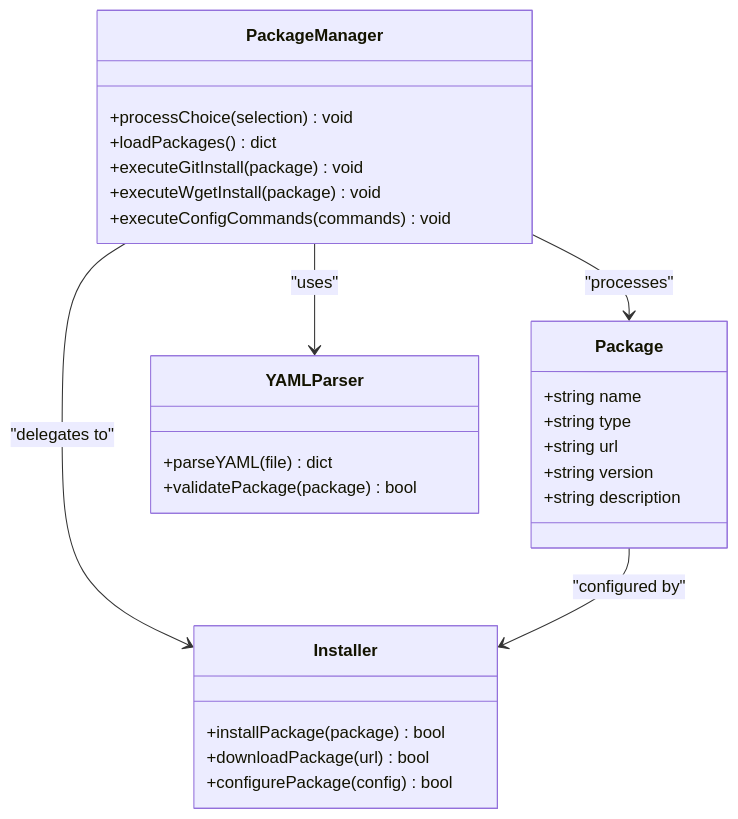
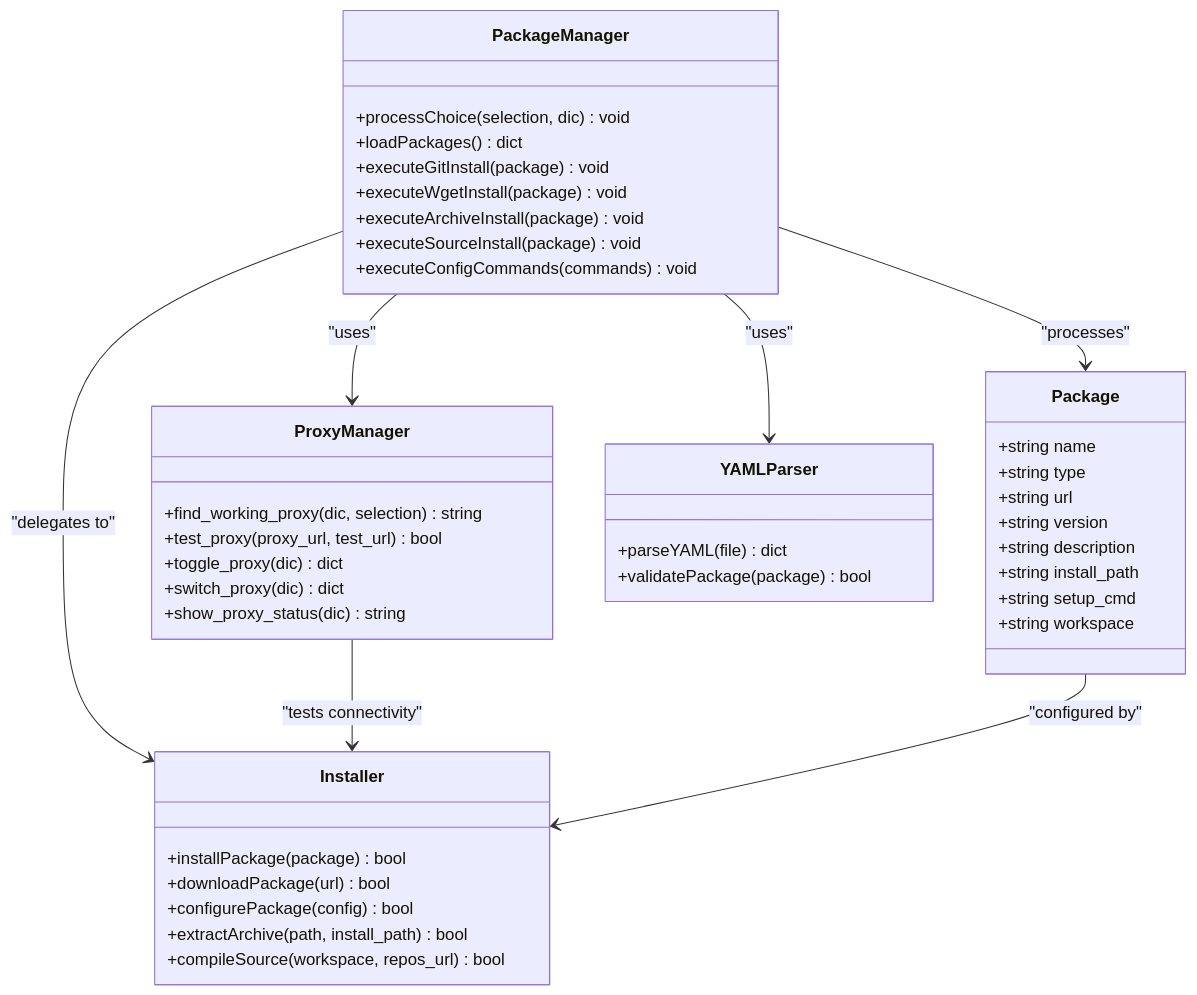
The third of 13 diagrams in .qoder/repowiki/zh/content/核心功能/核心功能.md (firestrongarch/install), drawn with Mermaid before and after one commit. The commit also changed other lines of this file and 5 other files, not shown here.

````diff
--- a/.qoder/repowiki/zh/content/核心功能/核心功能.md
+++ b/.qoder/repowiki/zh/content/核心功能/核心功能.md
@@ -177,30 +208,46 @@
 ```mermaid
 classDiagram
 class PackageManager {
-+processChoice(selection) void
++processChoice(selection, dic) void
 +loadPackages() dict
 +executeGitInstall(package) void
 +executeWgetInstall(package) void
++executeArchiveInstall(package) void
++executeSourceInstall(package) void
 +executeConfigCommands(commands) void
+}
+class ProxyManager {
++find_working_proxy(dic, selection) string
++test_proxy(proxy_url, test_url) bool
++toggle_proxy(dic) dict
++switch_proxy(dic) dict
++show_proxy_status(dic) string
 }
 class Package {
 +string name
 +string type
 +string url
 +string version
 +string description
++string install_path
++string setup_cmd
++string workspace
 }
 class YAMLParser {
 +parseYAML(file) dict
 +validatePackage(package) bool
 }
 class Installer {
 +installPackage(package) bool
 +downloadPackage(url) bool
 +configurePackage(config) bool
++extractArchive(path, install_path) bool
++compileSource(workspace, repos_url) bool
 }
 PackageManager --> Package : "processes"
 PackageManager --> YAMLParser : "uses"
 PackageManager --> Installer : "delegates to"
+PackageManager --> ProxyManager : "uses"
+ProxyManager --> Installer : "tests connectivity"
 Package --> Installer : "configured by"
 ```
````
